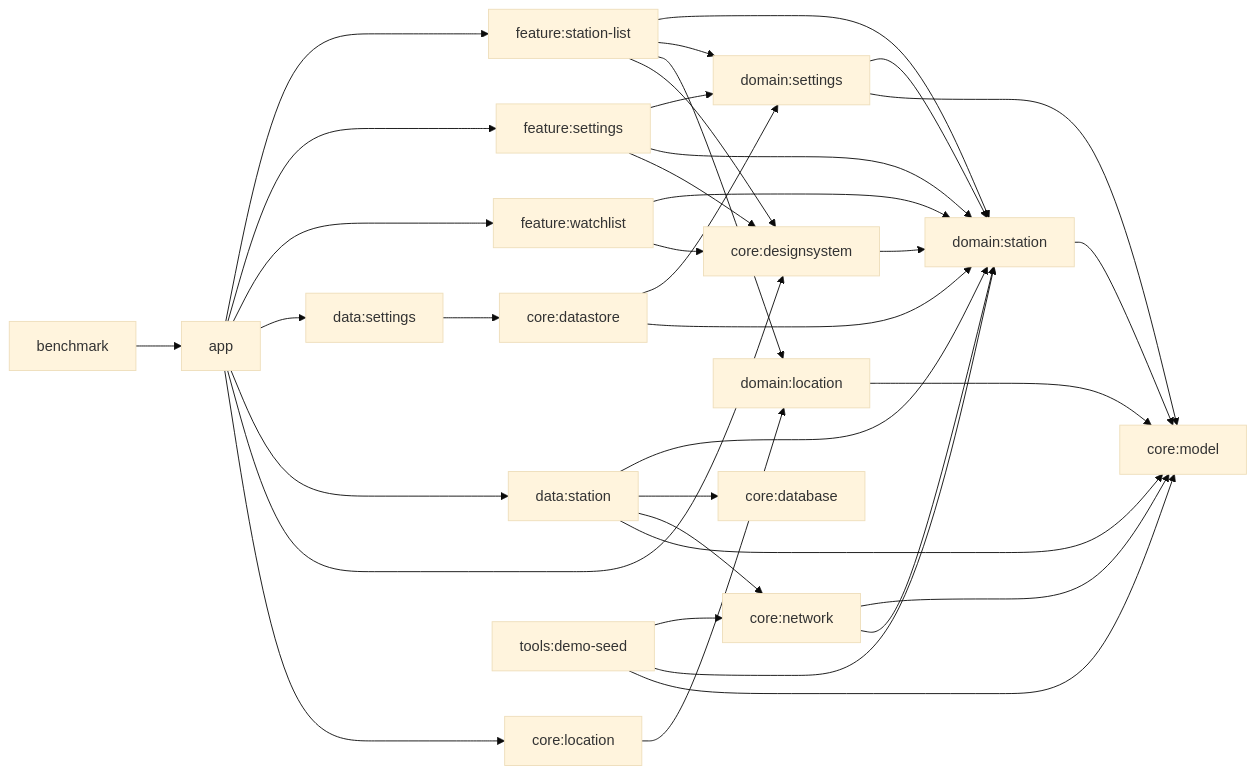
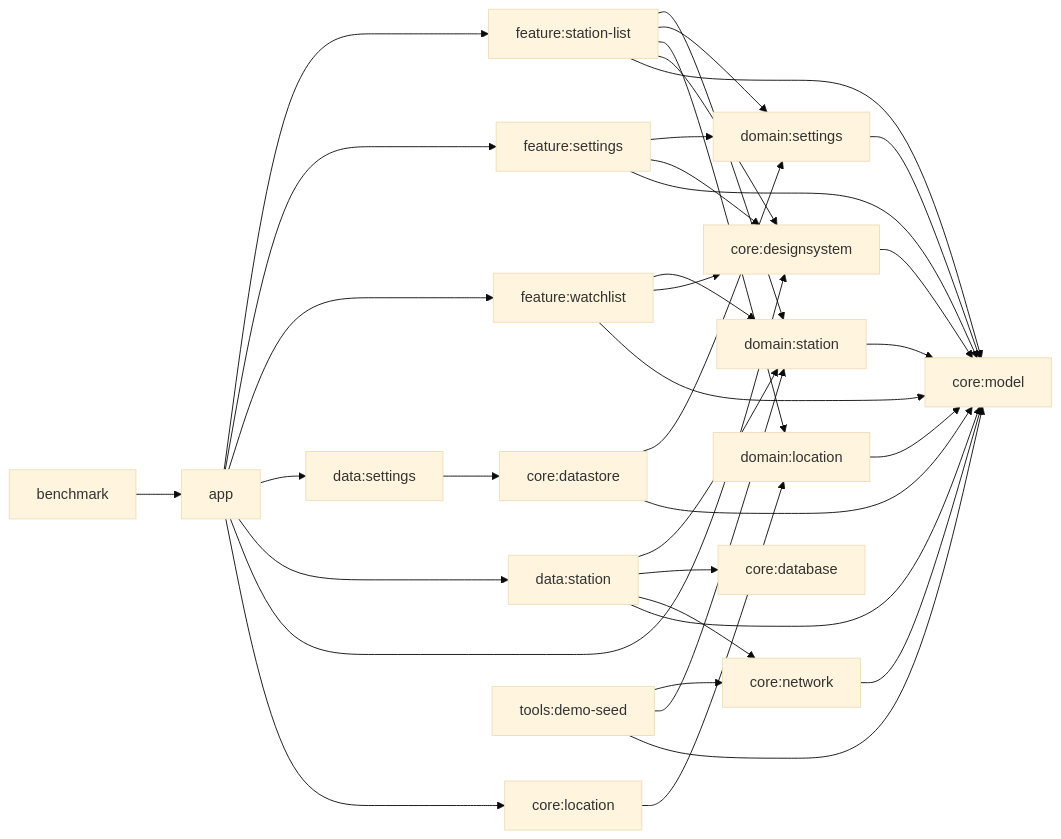
The diagram in README.md (beyondwin/GasStation), drawn with Mermaid (base theme) before and after one commit. The commit also changed other lines of this file and 8 other files, not shown here.

Commit message:
docs: update architecture cleanup contracts

````diff
--- a/README.md
+++ b/README.md
@@ -40,41 +41,41 @@
 ```mermaid
 flowchart LR
     app["app"] --> fstation["feature:station-list"]
     app --> fsettings["feature:settings"]
     app --> fwatch["feature:watchlist"]
     app --> dsettings["data:settings"]
     app --> dstation["data:station"]
     app --> cdesign["core:designsystem"]
     app --> clocation["core:location"]
 
     fstation --> domStation["domain:station"]
     fstation --> domSettings["domain:settings"]
     fstation --> domLocation["domain:location"]
     fstation --> cdesign
+    fstation --> cmodel
     fsettings --> domSettings
-    fsettings --> domStation
     fsettings --> cdesign
+    fsettings --> cmodel
     fwatch --> domStation
     fwatch --> cdesign
+    fwatch --> cmodel
 
     dstation --> domStation
     dstation --> cdb["core:database"]
     dstation --> cnet["core:network"]
     dstation --> cmodel["core:model"]
     dsettings --> cstore["core:datastore"]
     cstore --> domSettings
-    cstore --> domStation
+    cstore --> cmodel
     cnet --> cmodel
-    cnet --> domStation
-    cdesign --> domStation
+    cdesign --> cmodel
     clocation --> domLocation
-    domSettings --> domStation
     domSettings --> cmodel
     domLocation --> cmodel
     domStation --> cmodel
 
     tools["tools:demo-seed"] --> cnet
     tools --> domStation
     tools --> cmodel
     benchmark["benchmark"] --> app
 ```
````
